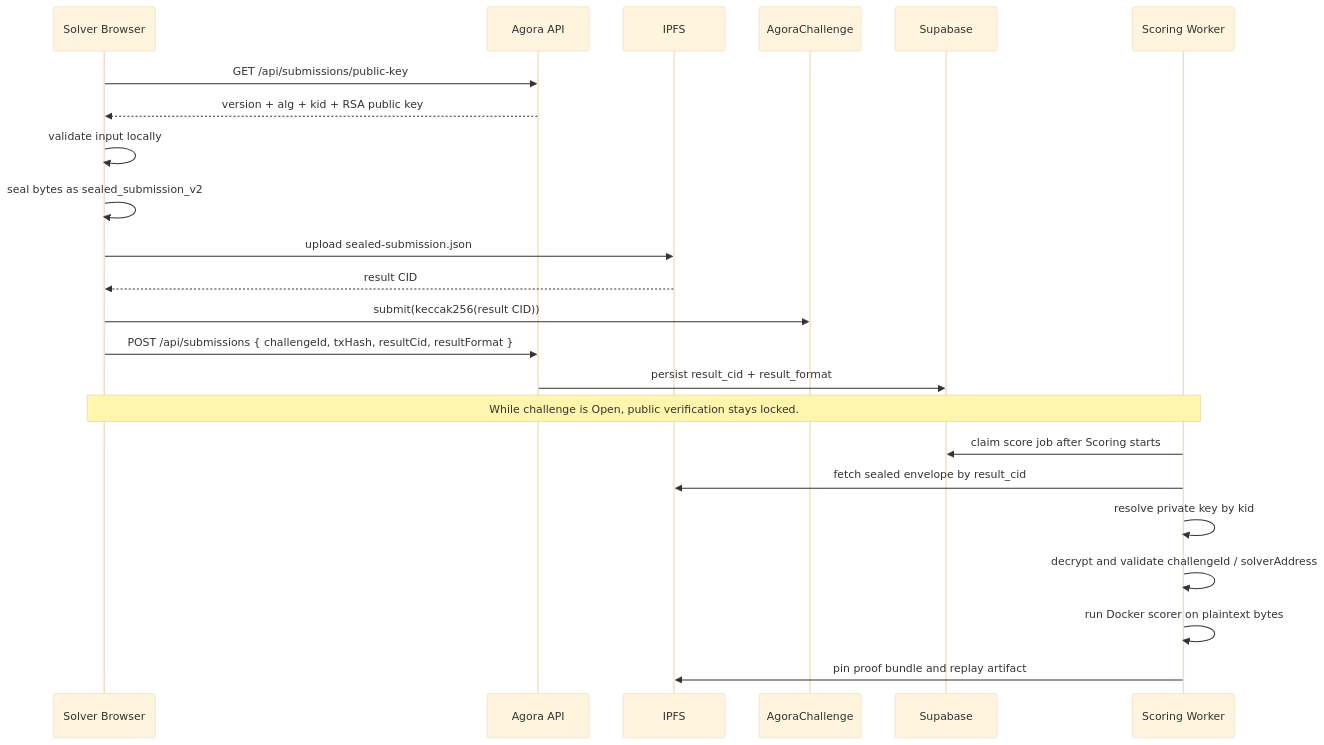
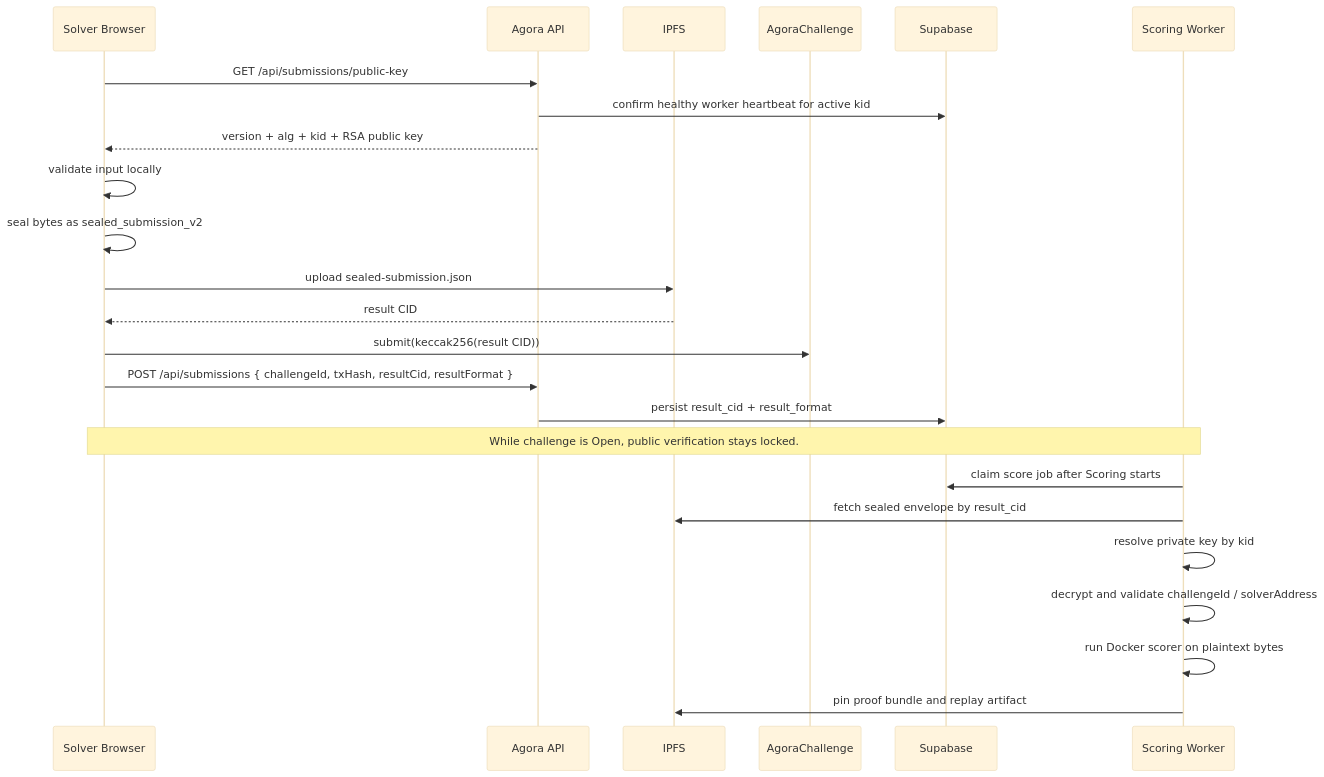
One commit to andymolecule/Agora changed the diagram in docs/submission-privacy.md. Above: the diagram before and after it, drawn with Mermaid (base theme). The commit also changed other lines of this file and 32 other files, not shown here.

Commit message:
Harden split worker readiness and submission flow

````diff
--- a/docs/submission-privacy.md
+++ b/docs/submission-privacy.md
@@ -73,28 +74,29 @@
 ```mermaid
 sequenceDiagram
     participant Solver as Solver Browser
     participant API as Agora API
     participant IPFS as IPFS
     participant Chain as AgoraChallenge
     participant DB as Supabase
     participant Worker as Scoring Worker
 
     Solver->>API: GET /api/submissions/public-key
+    API->>DB: confirm healthy worker heartbeat for active kid
     API-->>Solver: version + alg + kid + RSA public key
     Solver->>Solver: validate input locally
     Solver->>Solver: seal bytes as sealed_submission_v2
     Solver->>IPFS: upload sealed-submission.json
     IPFS-->>Solver: result CID
     Solver->>Chain: submit(keccak256(result CID))
     Solver->>API: POST /api/submissions { challengeId, txHash, resultCid, resultFormat }
     API->>DB: persist result_cid + result_format
 
     Note over Solver,Worker: While challenge is Open, public verification stays locked.
 
     Worker->>DB: claim score job after Scoring starts
     Worker->>IPFS: fetch sealed envelope by result_cid
     Worker->>Worker: resolve private key by kid
     Worker->>Worker: decrypt and validate challengeId / solverAddress
     Worker->>Worker: run Docker scorer on plaintext bytes
     Worker->>IPFS: pin proof bundle and replay artifact
 ```
````
